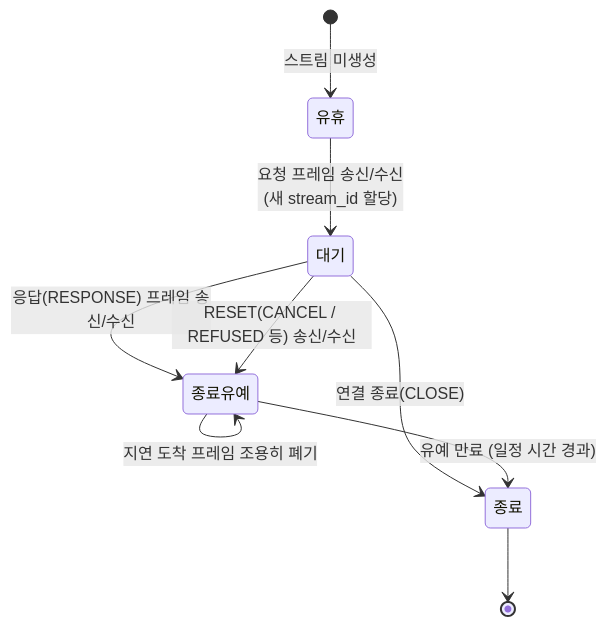
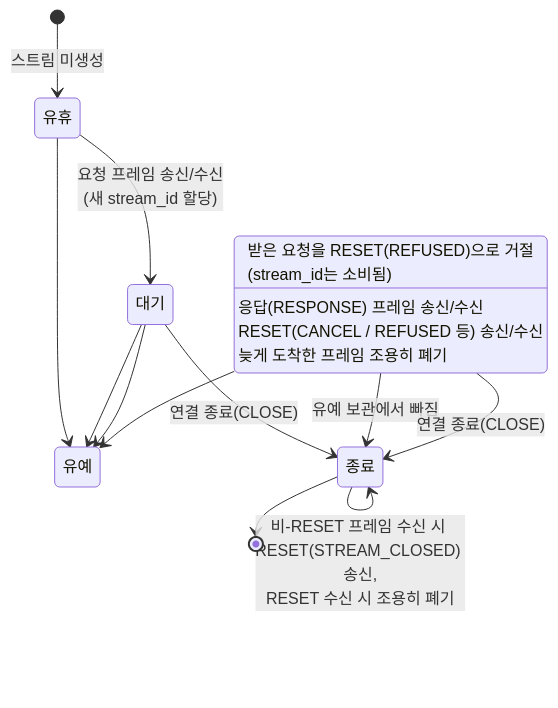
Before and after one commit to ppzxc/strand: the third of 4 diagrams in docs/specification/STRAND_SPECIFICATION.md, drawn with Mermaid. The commit also changed other lines of this file, not shown here.

````diff
--- a/docs/specification/STRAND_SPECIFICATION.md
+++ b/docs/specification/STRAND_SPECIFICATION.md
@@ -461,15 +465,19 @@
 ```mermaid
 stateDiagram-v2
     [*] --> 유휴 : 스트림 미생성
 
     유휴 --> 대기 : 요청 프레임 송신/수신<br/>(새 stream_id 할당)
-    
-    대기 --> 종료유예 : 응답(RESPONSE) 프레임 송신/수신
-    대기 --> 종료유예 : RESET(CANCEL / REFUSED 등) 송신/수신
+    유휴 --> 유예 상태 : 받은 요청을 RESET(REFUSED)으로 거절<br/>(stream_id는 소비됨)
+
+    대기 --> 유예 상태 : 응답(RESPONSE) 프레임 송신/수신
+    대기 --> 유예 상태 : RESET(CANCEL / REFUSED 등) 송신/수신
     대기 --> 종료 : 연결 종료(CLOSE)
-    
-    종료유예 --> 종료유예 : 지연 도착 프레임 조용히 폐기
-    종료유예 --> 종료 : 유예 만료 (일정 시간 경과)
-    
+
+    유예 상태 --> 유예 상태 : 늦게 도착한 프레임 조용히 폐기
+    유예 상태 --> 종료 : 유예 보관에서 빠짐
+    유예 상태 --> 종료 : 연결 종료(CLOSE)
+
+    종료 --> 종료 : 비-RESET 프레임 수신 시 RESET(STREAM_CLOSED) 송신,<br/>RESET 수신 시 조용히 폐기
+
     종료 --> [*]
 ```
````
